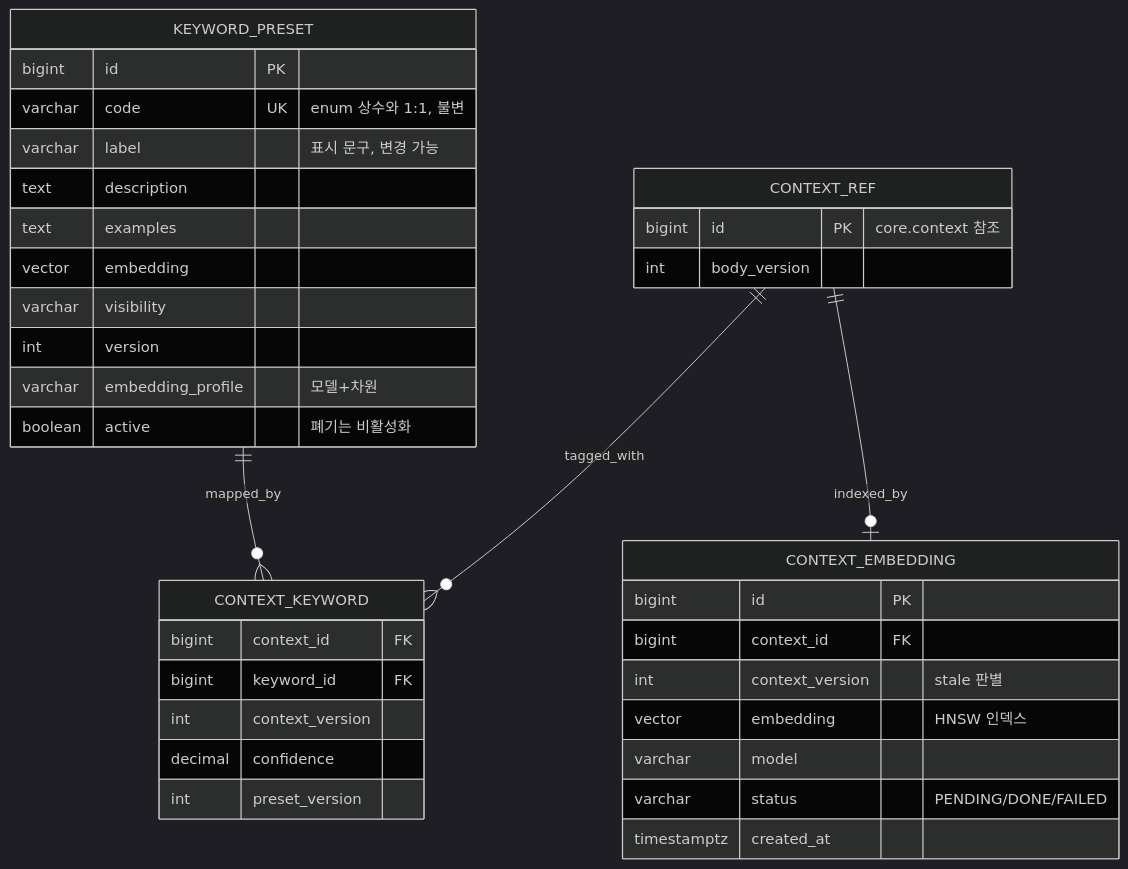
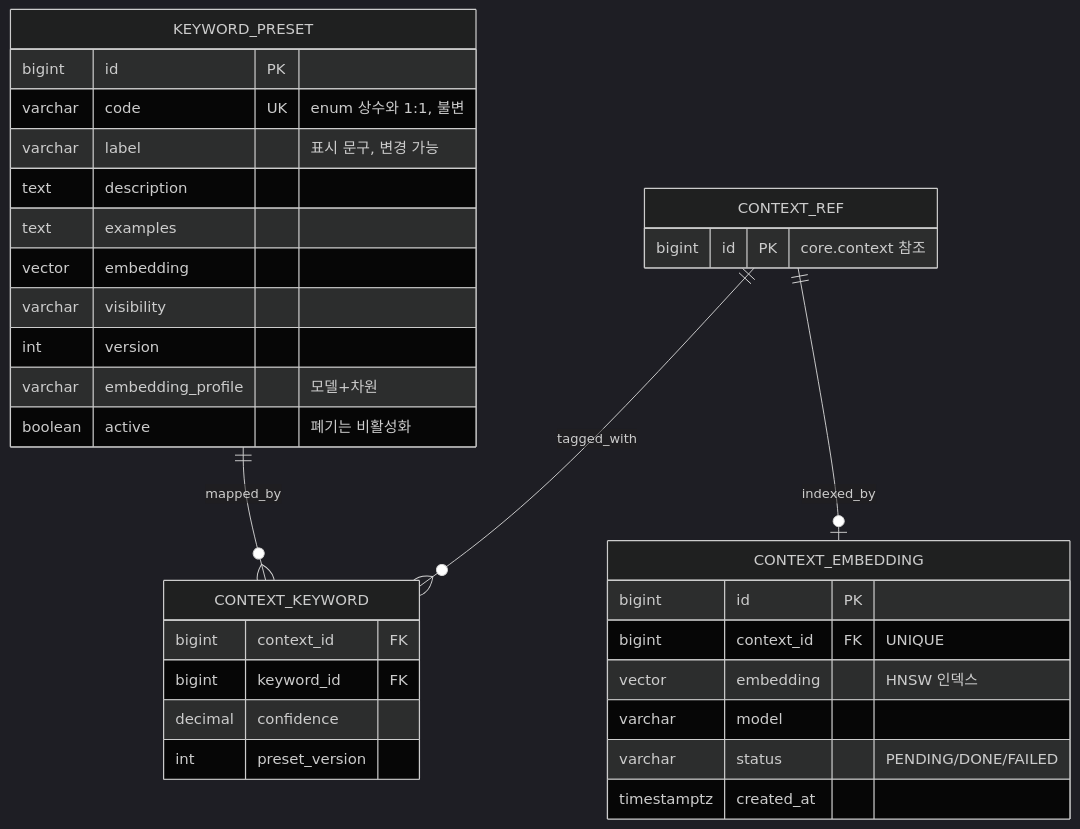
Before and after one commit to Team-PinLog/docs: the second of 2 diagrams in draft/07_ERD.md, drawn with Mermaid (dark theme). The commit also changed other lines of this file and 1 other file, not shown here.

Commit message:
fix: context 비동기 버전 관리 제거

````diff
--- a/draft/07_ERD.md
+++ b/draft/07_ERD.md
@@ -103,42 +101,39 @@
 ```mermaid
 erDiagram
     KEYWORD_PRESET ||--o{ CONTEXT_KEYWORD : mapped_by
     CONTEXT_REF ||--o{ CONTEXT_KEYWORD : tagged_with
     CONTEXT_REF ||--o| CONTEXT_EMBEDDING : indexed_by
 
     CONTEXT_REF {
         bigint id PK "core.context 참조"
-        int body_version
     }
 
     KEYWORD_PRESET {
         bigint id PK
         varchar code UK "enum 상수와 1:1, 불변"
         varchar label "표시 문구, 변경 가능"
         text description
         text examples
         vector embedding
         varchar visibility
         int version
         varchar embedding_profile "모델+차원"
         boolean active "폐기는 비활성화"
     }
 
     CONTEXT_EMBEDDING {
         bigint id PK
-        bigint context_id FK
-        int context_version "stale 판별"
+        bigint context_id FK "UNIQUE"
         vector embedding "HNSW 인덱스"
         varchar model
         varchar status "PENDING/DONE/FAILED"
         timestamptz created_at
     }
 
     CONTEXT_KEYWORD {
         bigint context_id FK
         bigint keyword_id FK
-        int context_version
         decimal confidence
         int preset_version
     }
 ```
````
